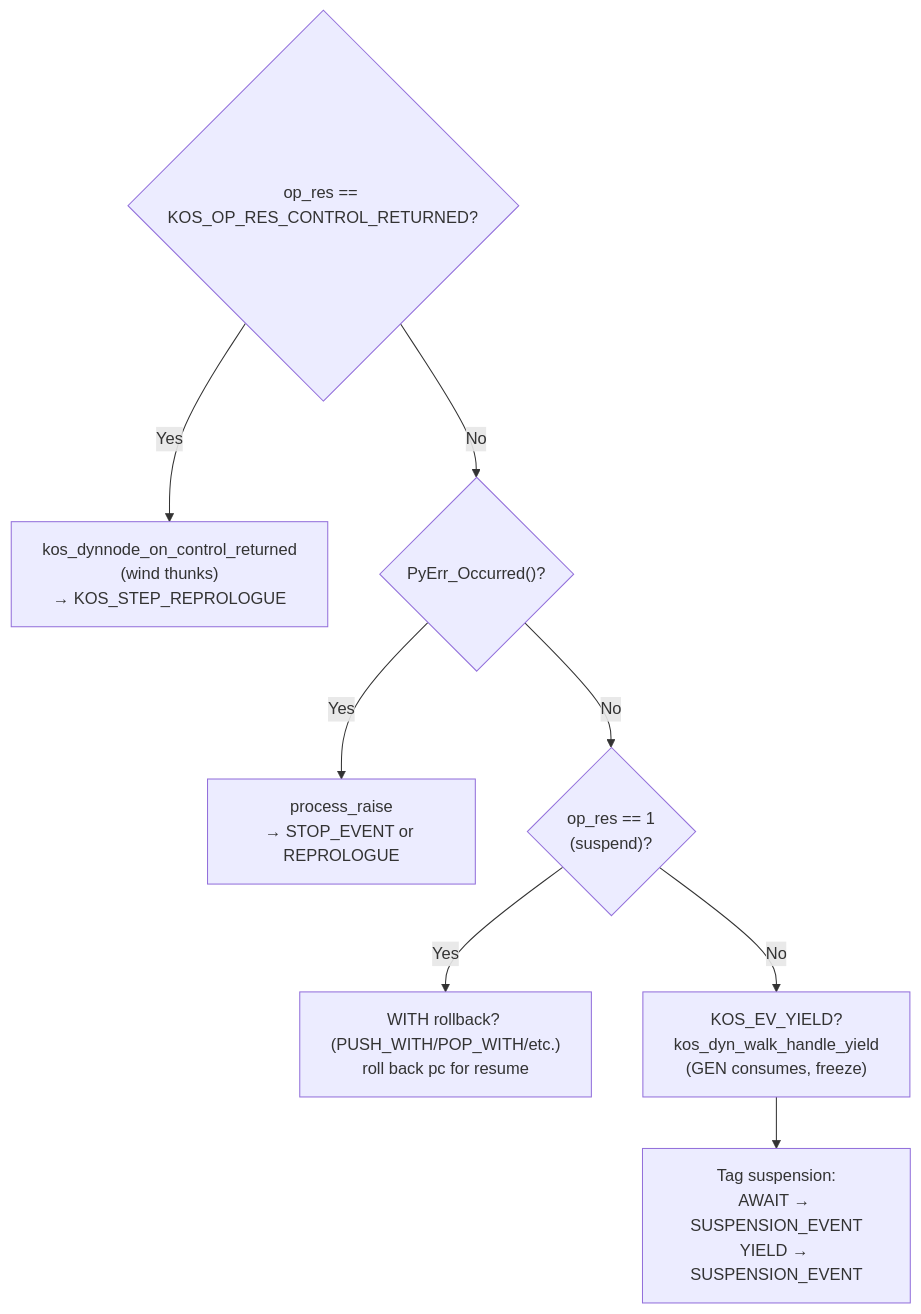
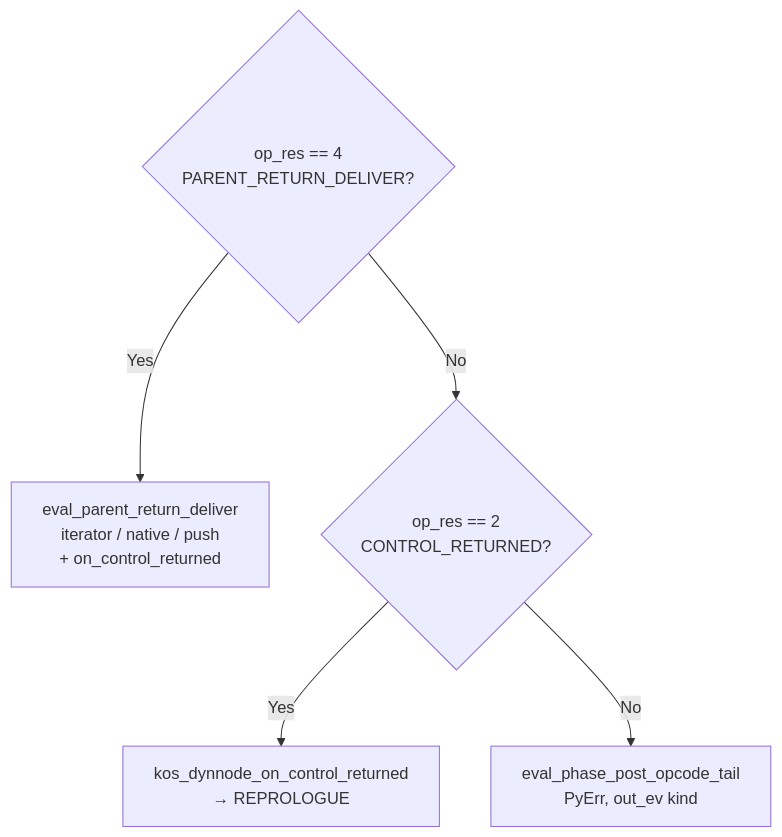
The sixth of 10 diagrams in design/EVALUATOR.md (koskari-lang/koskari), drawn with Mermaid before and after one commit. The commit also changed other lines of this file and 2 other files, not shown here.

First line of the commit message:
docs: align EVALUATOR and OPCODES with KosOpOutcome and parent return

````diff
--- a/design/EVALUATOR.md
+++ b/design/EVALUATOR.md
@@ -229,19 +248,12 @@
 ```mermaid
 flowchart TD
-    control{"op_res == KOS_OP_RES_CONTROL_RETURNED?"}
-    ctrl_returned["kos_dynnode_on_control_returned<br/>(wind thunks)<br/>→ KOS_STEP_REPROLOGUE"]
-    pyerr{"PyErr_Occurred()?"}
-    process["process_raise<br/>→ STOP_EVENT or REPROLOGUE"]
-    suspend{"op_res == 1<br/>(suspend)?"}
-    with_rollback["WITH rollback? (PUSH_WITH/POP_WITH/etc.)<br/>roll back pc for resume"]
-    yield_walk["KOS_EV_YIELD?<br/>kos_dyn_walk_handle_yield<br/>(GEN consumes, freeze)"]
-    tag["Tag suspension:<br/>AWAIT → SUSPENSION_EVENT<br/>YIELD → SUSPENSION_EVENT"]
-
+    parent{"op_res == 4<br/>PARENT_RETURN_DELIVER?"}
+    parent_deliver["eval_parent_return_deliver<br/>iterator / native / push<br/>+ on_control_returned"]
+    control{"op_res == 2<br/>CONTROL_RETURNED?"}
+    ctrl_returned["kos_dynnode_on_control_returned<br/>→ REPROLOGUE"]
+    tail["eval_phase_post_opcode_tail<br/>PyErr, out_ev kind"]
+    parent -->|Yes| parent_deliver
+    parent -->|No| control
     control -->|Yes| ctrl_returned
-    control -->|No| pyerr
-    pyerr -->|Yes| process
-    pyerr -->|No| suspend
-    suspend -->|Yes| with_rollback
-    suspend -->|No| yield_walk
-    yield_walk --> tag
+    control -->|No| tail
 ```
````
